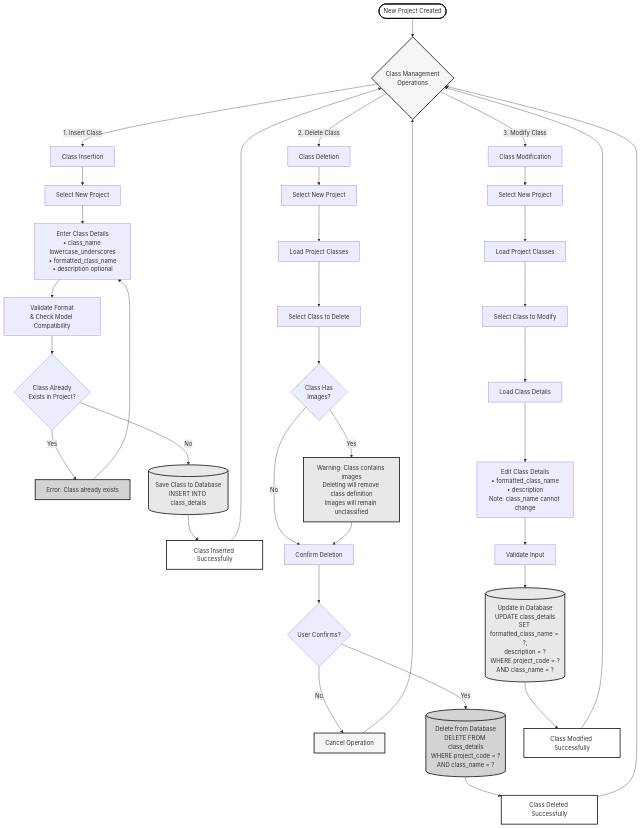
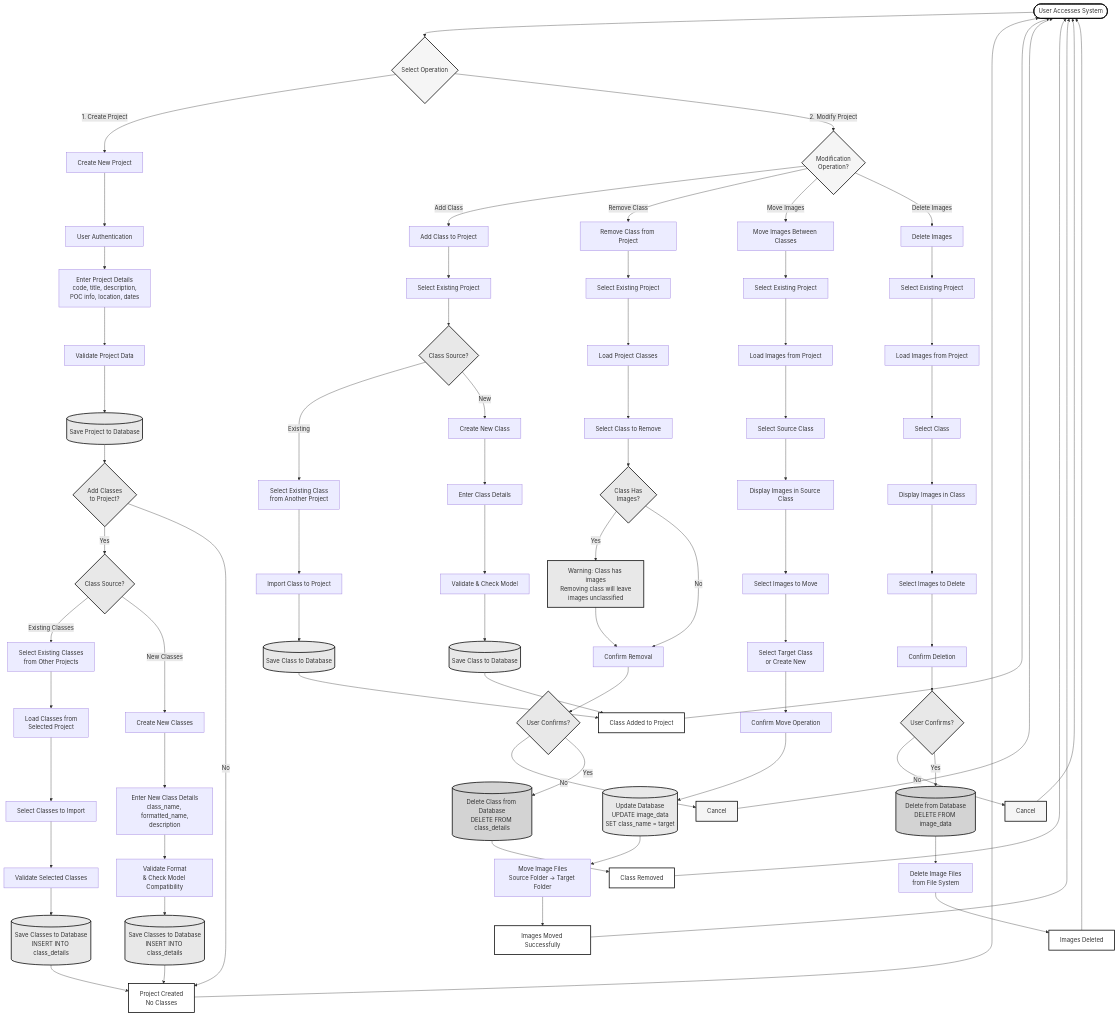
The diagram in flowchart2.md (sedama29/epredict_app_image_generation), drawn with Mermaid before and after one commit. The commit also changed other lines of this file, not shown here.

First line of the commit message:
Revise flowchart for project creation and modification

````diff
--- a/flowchart2.md
+++ b/flowchart2.md
@@ -9,60 +9,128 @@
 ```mermaid
 flowchart TB
-    Start([New Project Created]) --> ClassMenu{Class Management<br/>Operations}
+    Start([User Accesses System]) --> MainMenu{Select Operation}
     
-    %% CLASS INSERTION
-    ClassMenu -->|1. Insert Class| InsertFlow[Class Insertion]
-    InsertFlow --> SelectProject1[Select New Project]
-    SelectProject1 --> Form1[Enter Class Details<br/>• class_name lowercase_underscores<br/>• formatted_class_name<br/>• description optional]
-    Form1 --> Validate1[Validate Format<br/>& Check Model Compatibility]
-    Validate1 --> CheckExists1{Class Already<br/>Exists in Project?}
-    CheckExists1 -->|Yes| ErrorExists1[Error: Class already exists]
-    ErrorExists1 --> Form1
-    CheckExists1 -->|No| Save1[(Save Class to Database<br/>INSERT INTO class_details)]
-    Save1 --> Success1[Class Inserted Successfully]
+    %% PROJECT CREATION
+    MainMenu -->|1. Create Project| CreateProject[Create New Project]
+    CreateProject --> Auth1[User Authentication]
+    Auth1 --> Form1[Enter Project Details<br/>code, title, description,<br/>POC info, location, dates]
+    Form1 --> Validate1[Validate Project Data]
+    Validate1 --> SaveProject[(Save Project to Database)]
+    SaveProject --> ClassOption{Add Classes<br/>to Project?}
     
-    %% CLASS DELETION
-    ClassMenu -->|2. Delete Class| DeleteFlow[Class Deletion]
-    DeleteFlow --> SelectProject2[Select New Project]
-    SelectProject2 --> LoadClasses2[Load Project Classes]
-    LoadClasses2 --> SelectClass2[Select Class to Delete]
-    SelectClass2 --> CheckImages2{Class Has<br/>Images?}
-    CheckImages2 -->|Yes| Warning2[Warning: Class contains images<br/>Deleting will remove class definition<br/>Images will remain unclassified]
-    CheckImages2 -->|No| Confirm2[Confirm Deletion]
-    Warning2 --> Confirm2
-    Confirm2 --> UserConfirm2{User Confirms?}
-    UserConfirm2 -->|No| Cancel2[Cancel Operation]
-    UserConfirm2 -->|Yes| Delete2[(Delete from Database<br/>DELETE FROM class_details<br/>WHERE project_code = ?<br/>AND class_name = ?)]
-    Delete2 --> Success2[Class Deleted Successfully]
+    ClassOption -->|Yes| ClassSource{Class Source?}
+    ClassOption -->|No| ProjectCreated[Project Created<br/>No Classes]
     
-    %% CLASS MODIFICATION
-    ClassMenu -->|3. Modify Class| ModifyFlow[Class Modification]
-    ModifyFlow --> SelectProject3[Select New Project]
+    ClassSource -->|Existing Classes| SelectExisting[Select Existing Classes<br/>from Other Projects]
+    ClassSource -->|New Classes| CreateNew[Create New Classes]
+    
+    SelectExisting --> LoadExisting[Load Classes from<br/>Selected Project]
+    LoadExisting --> SelectClasses1[Select Classes to Import]
+    SelectClasses1 --> ValidateExisting[Validate Selected Classes]
+    ValidateExisting --> SaveClasses1[(Save Classes to Database<br/>INSERT INTO class_details)]
+    
+    CreateNew --> FormNew[Enter New Class Details<br/>class_name, formatted_name,<br/>description]
+    FormNew --> ValidateNew[Validate Format<br/>& Check Model Compatibility]
+    ValidateNew --> SaveClasses2[(Save Classes to Database<br/>INSERT INTO class_details)]
+    
+    SaveClasses1 --> ProjectCreated
+    SaveClasses2 --> ProjectCreated
+    
+    %% MODIFY EXISTING PROJECT - ADD CLASS
+    MainMenu -->|2. Modify Project| ModifyMenu{Modification<br/>Operation?}
+    ModifyMenu -->|Add Class| AddClass[Add Class to Project]
+    AddClass --> SelectProject2[Select Existing Project]
+    SelectProject2 --> ClassSource2{Class Source?}
+    
+    ClassSource2 -->|Existing| SelectExisting2[Select Existing Class<br/>from Another Project]
+    ClassSource2 -->|New| CreateNew2[Create New Class]
+    
+    SelectExisting2 --> ImportClass[Import Class to Project]
+    ImportClass --> SaveClass1[(Save Class to Database)]
+    
+    CreateNew2 --> FormNew2[Enter Class Details]
+    FormNew2 --> ValidateNew2[Validate & Check Model]
+    ValidateNew2 --> SaveClass2[(Save Class to Database)]
+    
+    SaveClass1 --> ClassAdded[Class Added to Project]
+    SaveClass2 --> ClassAdded
+    
+    %% MODIFY EXISTING PROJECT - REMOVE CLASS
+    ModifyMenu -->|Remove Class| RemoveClass[Remove Class from Project]
+    RemoveClass --> SelectProject3[Select Existing Project]
     SelectProject3 --> LoadClasses3[Load Project Classes]
-    LoadClasses3 --> SelectClass3[Select Class to Modify]
-    SelectClass3 --> LoadDetails3[Load Class Details]
-    LoadDetails3 --> Form3[Edit Class Details<br/>• formatted_class_name<br/>• description<br/>Note: class_name cannot change]
-    Form3 --> Validate3[Validate Input]
-    Validate3 --> Save3[(Update in Database<br/>UPDATE class_details<br/>SET formatted_class_name = ?,<br/>description = ?<br/>WHERE project_code = ?<br/>AND class_name = ?)]
-    Save3 --> Success3[Class Modified Successfully]
+    LoadClasses3 --> SelectClass3[Select Class to Remove]
+    SelectClass3 --> CheckImages3{Class Has<br/>Images?}
+    CheckImages3 -->|Yes| Warning3[Warning: Class has images<br/>Removing class will leave<br/>images unclassified]
+    CheckImages3 -->|No| Confirm3[Confirm Removal]
+    Warning3 --> Confirm3
+    Confirm3 --> UserConfirm3{User Confirms?}
+    UserConfirm3 -->|No| Cancel3[Cancel]
+    UserConfirm3 -->|Yes| DeleteClass3[(Delete Class from Database<br/>DELETE FROM class_details)]
+    DeleteClass3 --> ClassRemoved[Class Removed]
     
-    Success1 --> ClassMenu
-    Success2 --> ClassMenu
-    Success3 --> ClassMenu
-    Cancel2 --> ClassMenu
+    %% MODIFY EXISTING PROJECT - MOVE IMAGES
+    ModifyMenu -->|Move Images| MoveImages[Move Images Between Classes]
+    MoveImages --> SelectProject4[Select Existing Project]
+    SelectProject4 --> LoadImages4[Load Images from Project]
+    LoadImages4 --> SelectSourceClass4[Select Source Class]
+    SelectSourceClass4 --> DisplayImages4[Display Images in Source Class]
+    DisplayImages4 --> SelectImages4[Select Images to Move]
+    SelectImages4 --> SelectTargetClass4[Select Target Class<br/>or Create New]
+    SelectTargetClass4 --> ConfirmMove4[Confirm Move Operation]
+    ConfirmMove4 --> UpdateDB4[(Update Database<br/>UPDATE image_data<br/>SET class_name = target)]
+    UpdateDB4 --> MoveFiles4[Move Image Files<br/>Source Folder → Target Folder]
+    MoveFiles4 --> ImagesMoved[Images Moved Successfully]
+    
+    %% MODIFY EXISTING PROJECT - DELETE IMAGES
+    ModifyMenu -->|Delete Images| DeleteImages[Delete Images]
+    DeleteImages --> SelectProject5[Select Existing Project]
+    SelectProject5 --> LoadImages5[Load Images from Project]
+    LoadImages5 --> SelectClass5[Select Class]
+    SelectClass5 --> DisplayImages5[Display Images in Class]
+    DisplayImages5 --> SelectImages5[Select Images to Delete]
+    SelectImages5 --> ConfirmDelete5[Confirm Deletion]
+    ConfirmDelete5 --> UserConfirm5{User Confirms?}
+    UserConfirm5 -->|No| Cancel5[Cancel]
+    UserConfirm5 -->|Yes| DeleteDB5[(Delete from Database<br/>DELETE FROM image_data)]
+    DeleteDB5 --> DeleteFiles5[Delete Image Files<br/>from File System]
+    DeleteFiles5 --> ImagesDeleted[Images Deleted]
+    
+    ProjectCreated --> Start
+    ClassAdded --> Start
+    ClassRemoved --> Start
+    ImagesMoved --> Start
+    ImagesDeleted --> Start
+    Cancel3 --> Start
+    Cancel5 --> Start
     
     %% Styling - Black and White
     style Start fill:#ffffff,stroke:#000000,stroke-width:2px
-    style ClassMenu fill:#f5f5f5,stroke:#000000,stroke-width:2px
-    style Success1 fill:#ffffff,stroke:#000000,stroke-width:2px
-    style Success2 fill:#ffffff,stroke:#000000,stroke-width:2px
-    style Success3 fill:#ffffff,stroke:#000000,stroke-width:2px
+    style MainMenu fill:#f5f5f5,stroke:#000000,stroke-width:2px
+    style ModifyMenu fill:#f5f5f5,stroke:#000000,stroke-width:2px
+    style ClassOption fill:#e8e8e8,stroke:#000000,stroke-width:2px
+    style ClassSource fill:#e8e8e8,stroke:#000000,stroke-width:2px
+    style ClassSource2 fill:#e8e8e8,stroke:#000000,stroke-width:2px
+    style CheckImages3 fill:#e8e8e8,stroke:#000000,stroke-width:2px
+    style UserConfirm3 fill:#e8e8e8,stroke:#000000,stroke-width:2px
+    style UserConfirm5 fill:#e8e8e8,stroke:#000000,stroke-width:2px
     
-    style Save1 fill:#e8e8e8,stroke:#000000,stroke-width:2px
-    style Delete2 fill:#d3d3d3,stroke:#000000,stroke-width:2px
-    style Save3 fill:#e8e8e8,stroke:#000000,stroke-width:2px
+    style ProjectCreated fill:#ffffff,stroke:#000000,stroke-width:2px
+    style ClassAdded fill:#ffffff,stroke:#000000,stroke-width:2px
+    style ClassRemoved fill:#ffffff,stroke:#000000,stroke-width:2px
+    style ImagesMoved fill:#ffffff,stroke:#000000,stroke-width:2px
+    style ImagesDeleted fill:#ffffff,stroke:#000000,stroke-width:2px
     
-    style ErrorExists1 fill:#d3d3d3,stroke:#000000,stroke-width:2px
-    style Warning2 fill:#e8e8e8,stroke:#000000,stroke-width:2px
-    style Cancel2 fill:#f5f5f5,stroke:#000000,stroke-width:2px
+    style SaveProject fill:#e8e8e8,stroke:#000000,stroke-width:2px
+    style SaveClasses1 fill:#e8e8e8,stroke:#000000,stroke-width:2px
+    style SaveClasses2 fill:#e8e8e8,stroke:#000000,stroke-width:2px
+    style SaveClass1 fill:#e8e8e8,stroke:#000000,stroke-width:2px
+    style SaveClass2 fill:#e8e8e8,stroke:#000000,stroke-width:2px
+    style DeleteClass3 fill:#d3d3d3,stroke:#000000,stroke-width:2px
+    style UpdateDB4 fill:#e8e8e8,stroke:#000000,stroke-width:2px
+    style DeleteDB5 fill:#d3d3d3,stroke:#000000,stroke-width:2px
+    
+    style Warning3 fill:#e8e8e8,stroke:#000000,stroke-width:2px
+    style Cancel3 fill:#f5f5f5,stroke:#000000,stroke-width:2px
+    style Cancel5 fill:#f5f5f5,stroke:#000000,stroke-width:2px
 ```
````
